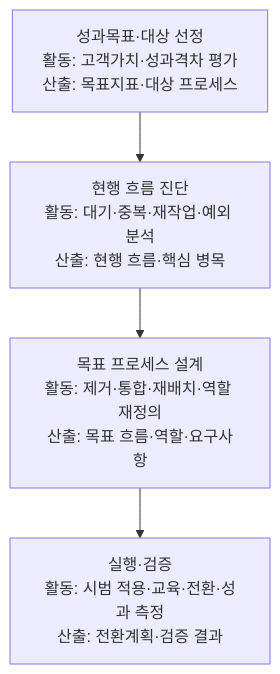
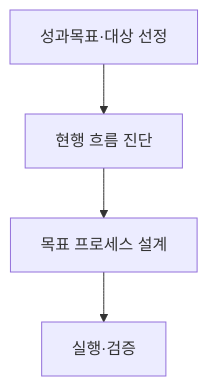
Before and after one commit to agnusdei1207/study: the second of 5 diagrams in src/content/docs/notes/itpe/01-it-strategy/010_bpr.md, drawn with Mermaid. The commit also changed other lines of this file and 19 other files, not shown here.

````diff
--- a/src/content/docs/notes/itpe/01-it-strategy/010_bpr.md
+++ b/src/content/docs/notes/itpe/01-it-strategy/010_bpr.md
@@ -64,6 +64,6 @@
 ```mermaid
 flowchart TD
-    A["성과목표·대상 선정<br/>활동: 고객가치·성과격차 평가<br/>산출: 목표지표·대상 프로세스"] --> B["현행 흐름 진단<br/>활동: 대기·중복·재작업·예외 분석<br/>산출: 현행 흐름·핵심 병목"]
-    B --> C["목표 프로세스 설계<br/>활동: 제거·통합·재배치·역할 재정의<br/>산출: 목표 흐름·역할·요구사항"]
-    C --> D["실행·검증<br/>활동: 시범 적용·교육·전환·성과 측정<br/>산출: 전환계획·검증 결과"]
+    A["성과목표·대상 선정"] --> B["현행 흐름 진단"]
+    B --> C["목표 프로세스 설계"]
+    C --> D["실행·검증"]
 ```
````
